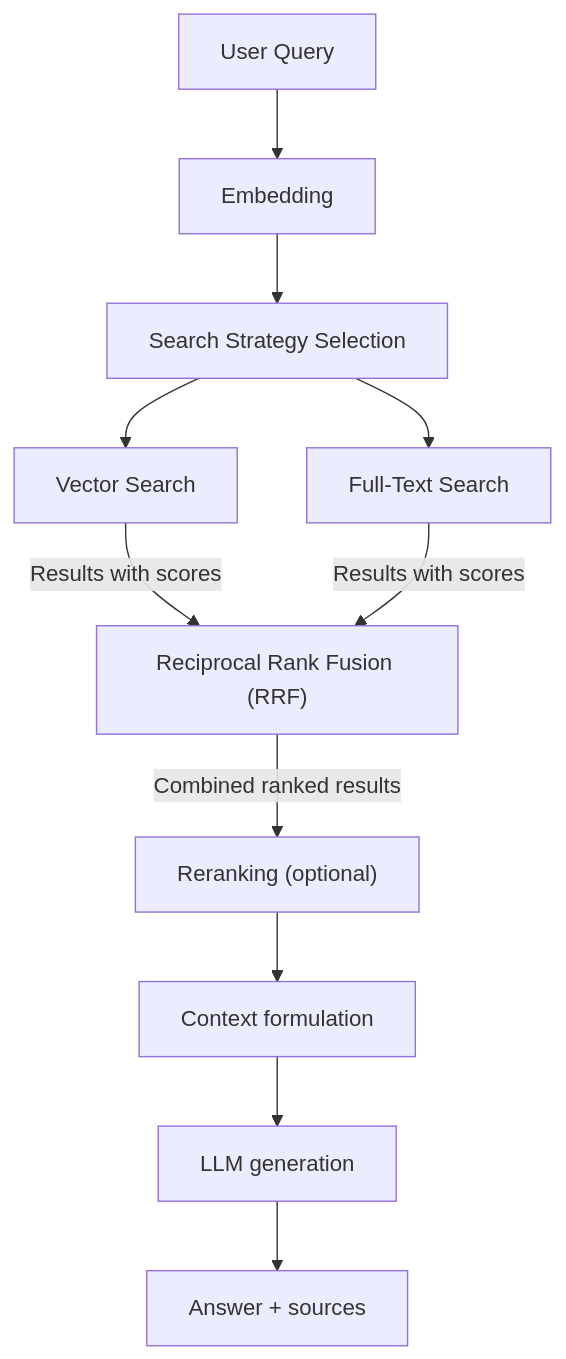
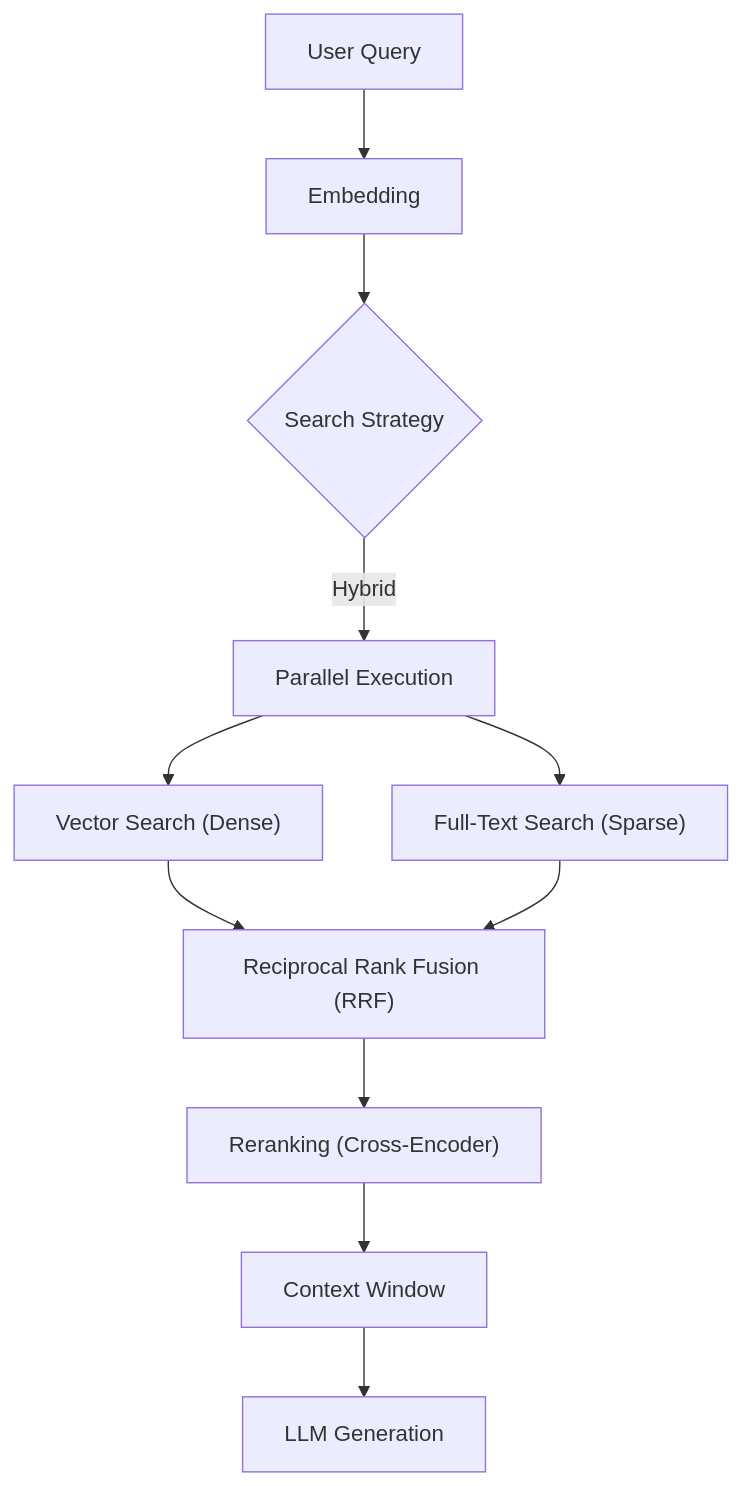
The diagram in README.md (pallavi-chandrashekar/enterprise-rag-platform), drawn with Mermaid before and after one commit. The commit also changed 2 other files, not shown here.

Commit message:
Updated architecture to seperate data ingestion

````diff
--- a/README.md
+++ b/README.md
@@ -72,13 +72,12 @@
 ```mermaid
 flowchart TD
     A["User Query"] --> B["Embedding"]
-    B --> C["Search Strategy Selection"]
-    C --> D["Vector Search"]
-    C --> E["Full-Text Search"]
-    D -- "Results with scores" --> F["Reciprocal Rank Fusion (RRF)"]
-    E -- "Results with scores" --> F
-    F -- "Combined ranked results" --> G["Reranking (optional)"]
-    G --> H["Context formulation"]
-    H --> I["LLM generation"]
-    I --> J["Answer + sources"]
+    B --> C{Search Strategy}
+    C -->|Hybrid| D["Parallel Execution"]
+    D --> E["Vector Search (Dense)"]
+    D --> F["Full-Text Search (Sparse)"]
+    E & F --> G["Reciprocal Rank Fusion (RRF)"]
+    G --> H["Reranking (Cross-Encoder)"]
+    H --> I["Context Window"]
+    I --> J["LLM Generation"]
 ```
````
